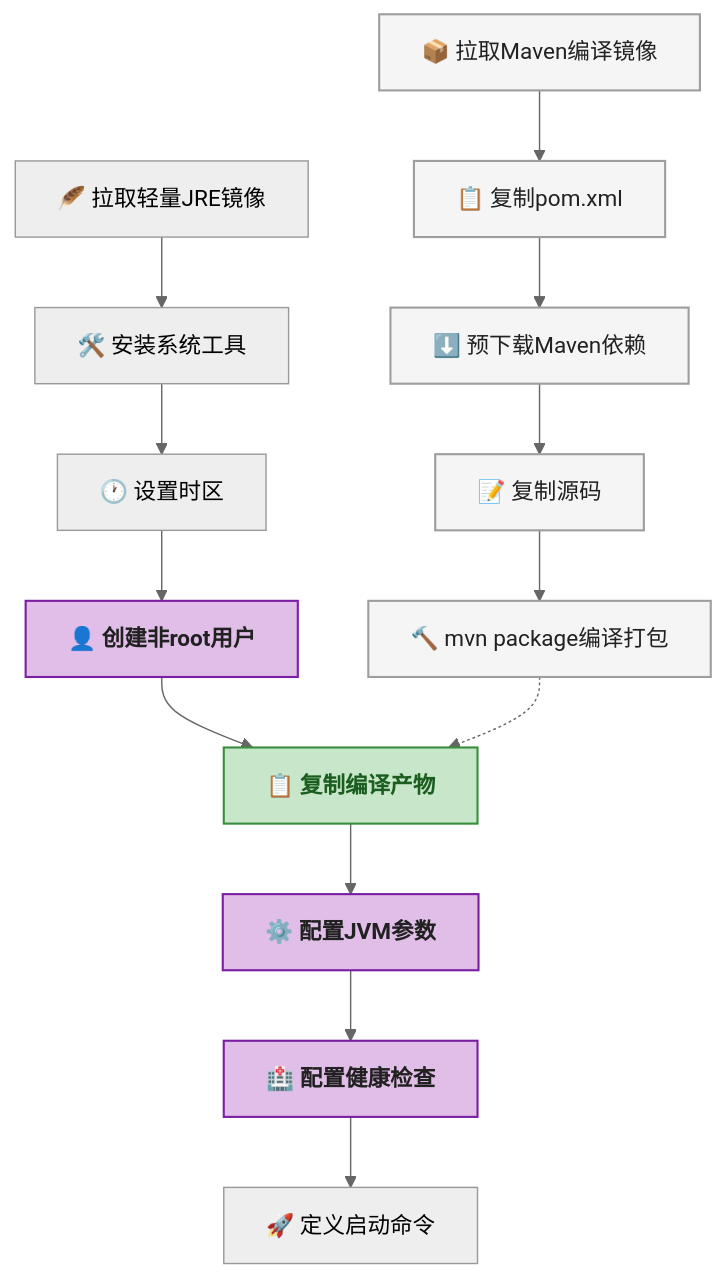
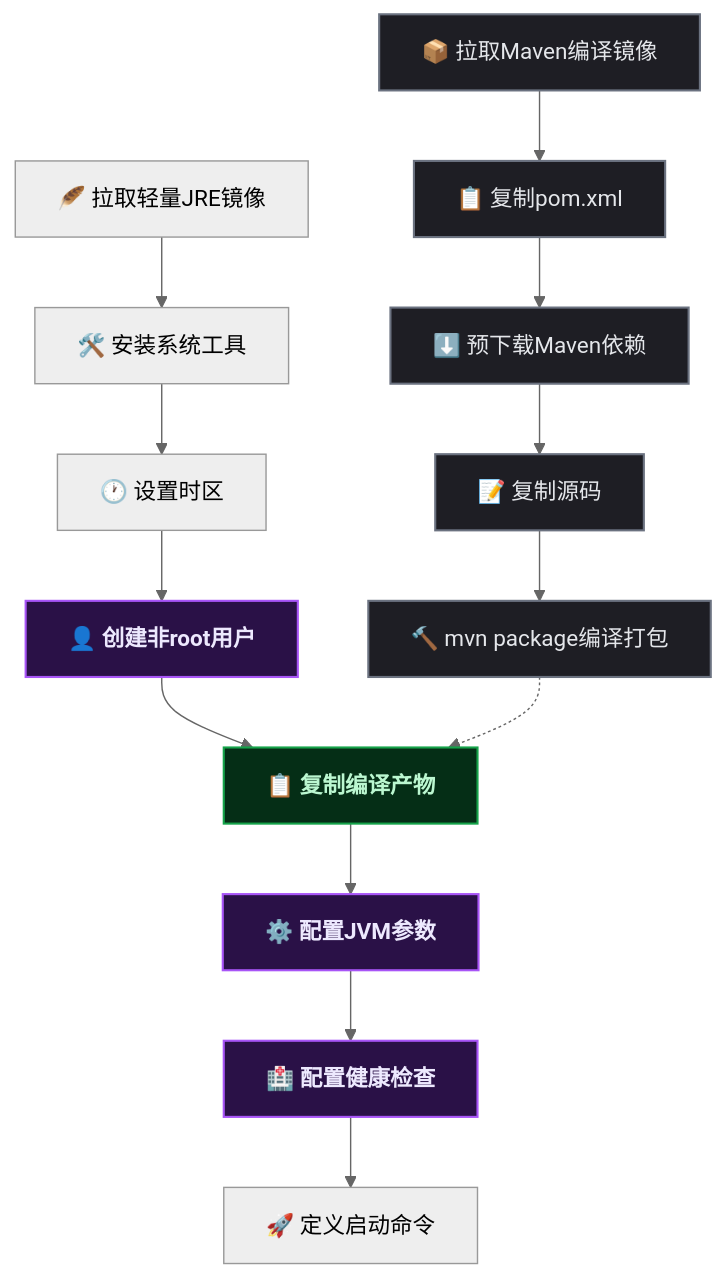
Before and after one commit to yaocat55/yaocat55.github.io: the first of 3 diagrams in content/posts/springcloud/SpringBootCiCdPipeline.md, drawn with Mermaid (neutral theme). The commit also changed other lines of this file and 155 other files, not shown here.

````diff
--- a/content/posts/springcloud/SpringBootCiCdPipeline.md
+++ b/content/posts/springcloud/SpringBootCiCdPipeline.md
@@ -329,27 +329,27 @@
 ```mermaid
 flowchart TD
     %% 第一阶段：编译
     A1[📦 拉取Maven编译镜像] --> A2[📋 复制pom.xml]
     A2 --> A3[⬇️ 预下载Maven依赖]
     A3 --> A4[📝 复制源码]
     A4 --> A5[🔨 mvn package编译打包]
 
     %% 第二阶段：运行
     B1[🪶 拉取轻量JRE镜像] --> B2[🛠️ 安装系统工具]
     B2 --> B3[🕐 设置时区]
     B3 --> B4[👤 创建非root用户]
     B4 --> B5[📋 复制编译产物]
     B5 --> B6[⚙️ 配置JVM参数]
     B6 --> B7[🏥 配置健康检查]
     B7 --> B8[🚀 定义启动命令]
 
     A5 -.-> B5
 
-    classDef stage fill:#F5F5F5,stroke:#9E9E9E,stroke-width:1.5px,color:#212121
-    classDef product fill:#C8E6C9,stroke:#388E3C,stroke-width:1.5px,color:#1B5E20,font-weight:bold
-    classDef security fill:#E1BEE7,stroke:#7B1FA2,stroke-width:1.5px,color:#212121,font-weight:bold
+classDef stage fill:#1e1e24,stroke:#6b7280,stroke-width:1.5px,color:#e5e7eb;
+classDef product fill:#052e16,stroke:#16a34a,stroke-width:1.5px,color:#bbf7d0,font-weight:bold;
+classDef security fill:#2a1147,stroke:#a855f7,stroke-width:1.5px,color:#ede9fe,font-weight:bold;
 
     class A1,A2,A3,A4,A5 stage
     class B5 product
     class B4,B6,B7 security
 ```
````
